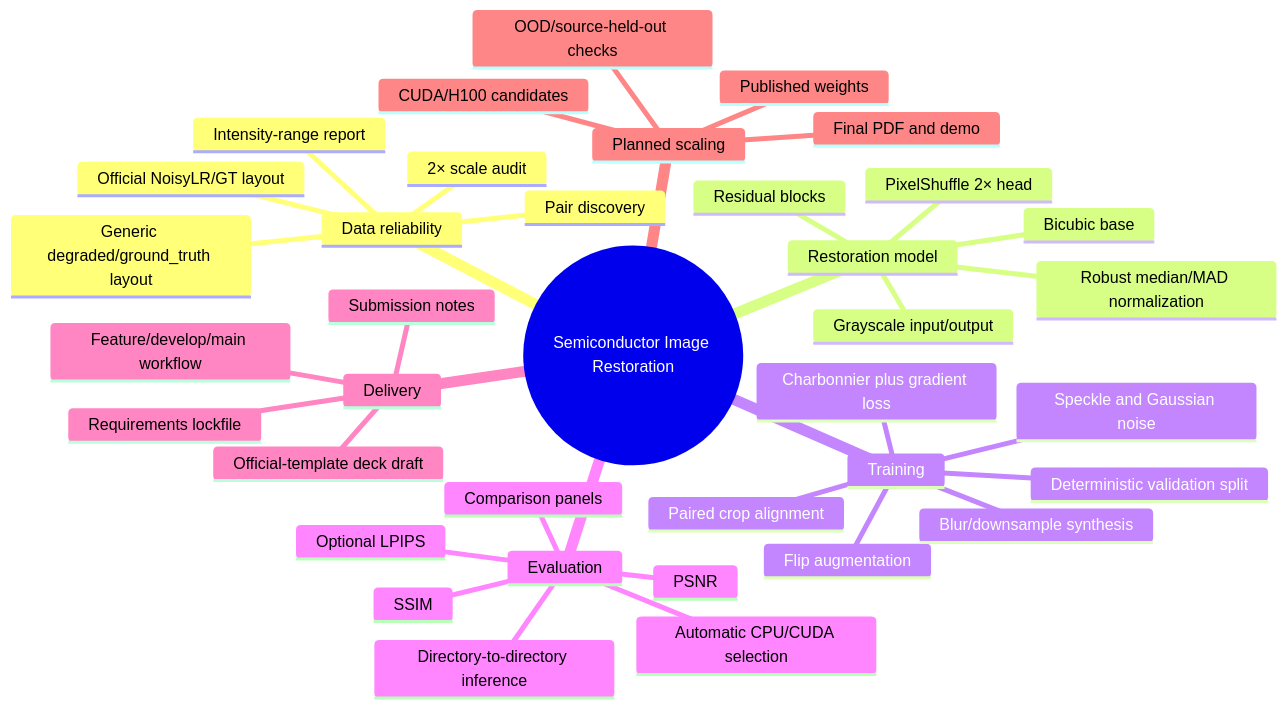
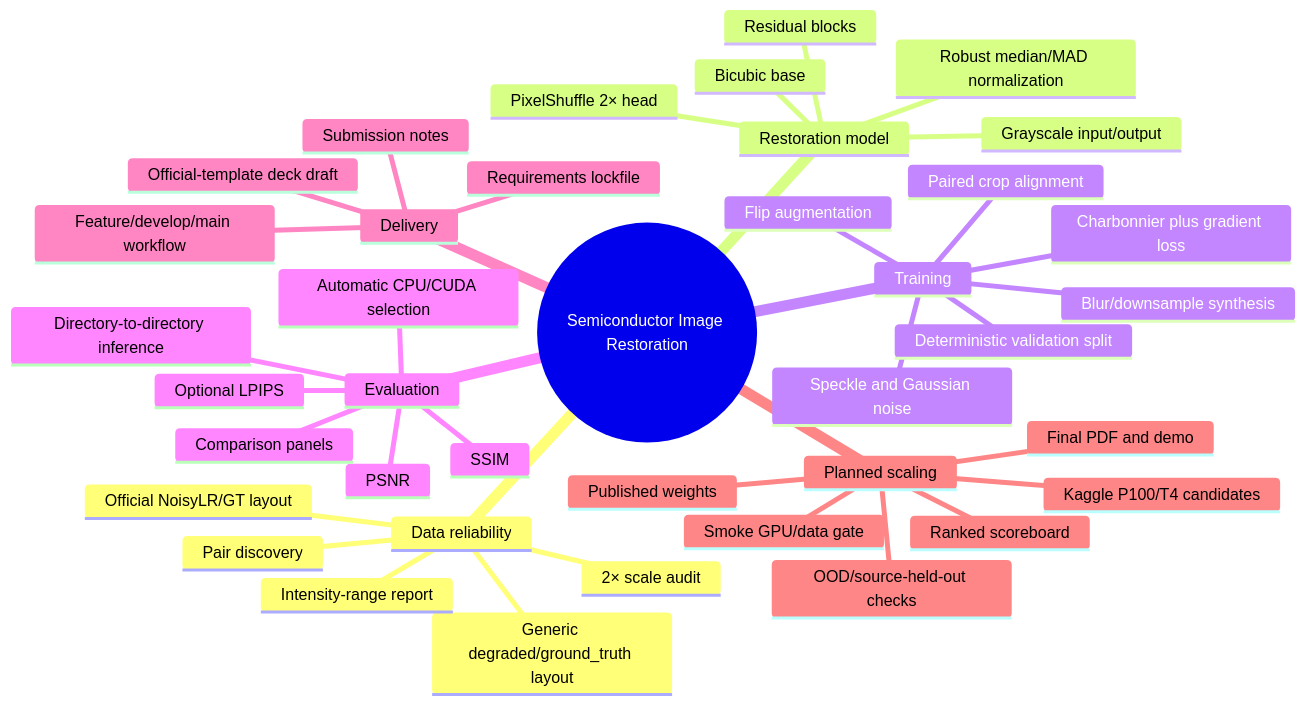
Before and after one commit to vtghub/image-restoration: the diagram in docs/feature-map.md, drawn with Mermaid. The commit also changed 8 other files, not shown here.

Commit message:
feat: add Kaggle GPU experiment runner

````diff
--- a/docs/feature-map.md
+++ b/docs/feature-map.md
@@ -5,40 +5,42 @@
 ```mermaid
 mindmap
   root((Semiconductor Image Restoration))
     Data reliability
       Official NoisyLR/GT layout
       Generic degraded/ground_truth layout
       Pair discovery
       2× scale audit
       Intensity-range report
     Restoration model
       Grayscale input/output
       Robust median/MAD normalization
       Bicubic base
       Residual blocks
       PixelShuffle 2× head
     Training
       Paired crop alignment
       Flip augmentation
       Blur/downsample synthesis
       Speckle and Gaussian noise
       Charbonnier plus gradient loss
       Deterministic validation split
     Evaluation
       Directory-to-directory inference
       Automatic CPU/CUDA selection
       PSNR
       SSIM
       Optional LPIPS
       Comparison panels
     Delivery
       Requirements lockfile
       Submission notes
       Official-template deck draft
       Feature/develop/main workflow
     Planned scaling
-      CUDA/H100 candidates
+      Kaggle P100/T4 candidates
+      Smoke GPU/data gate
+      Ranked scoreboard
       OOD/source-held-out checks
       Published weights
       Final PDF and demo
 ```
````
